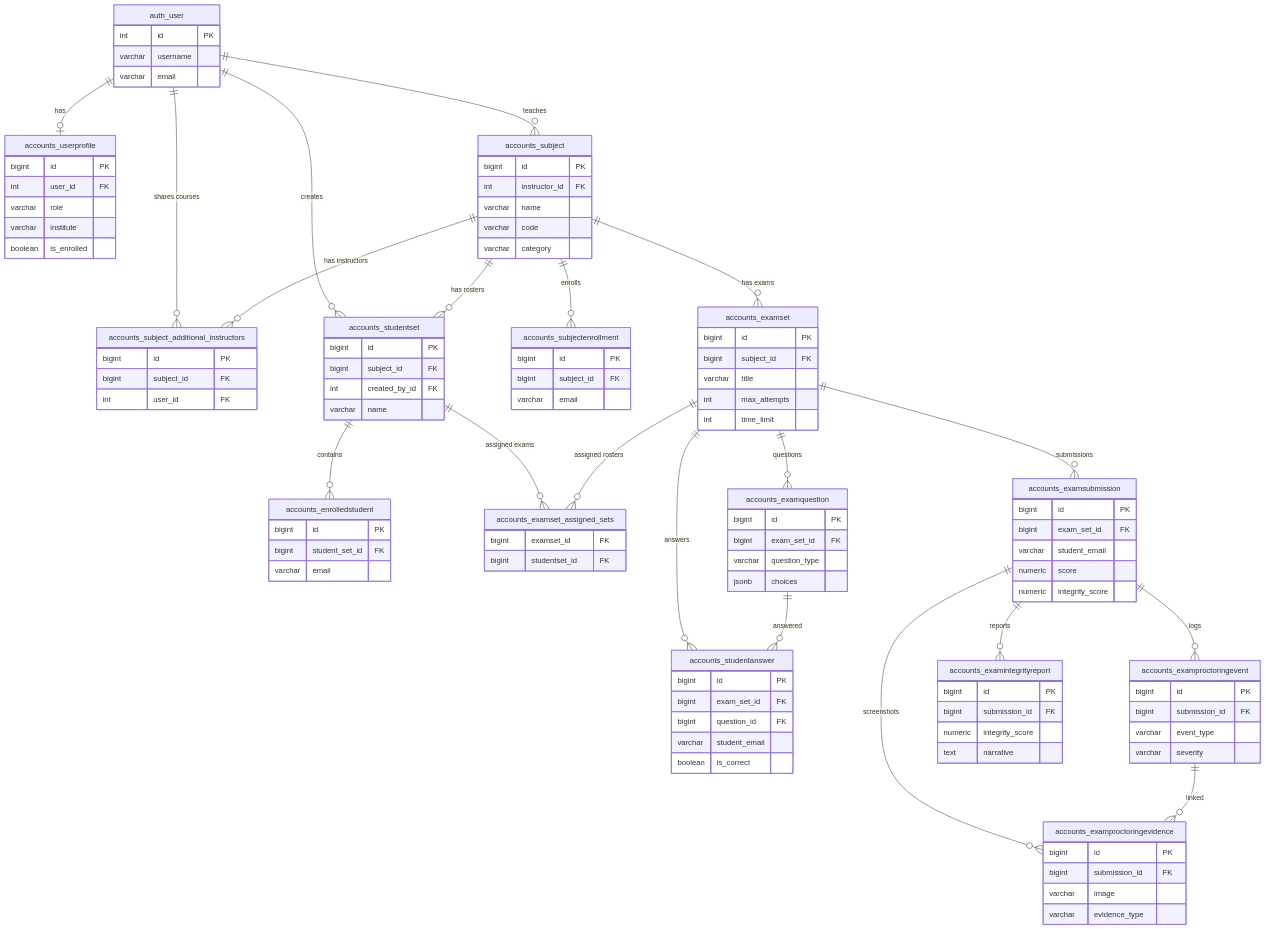
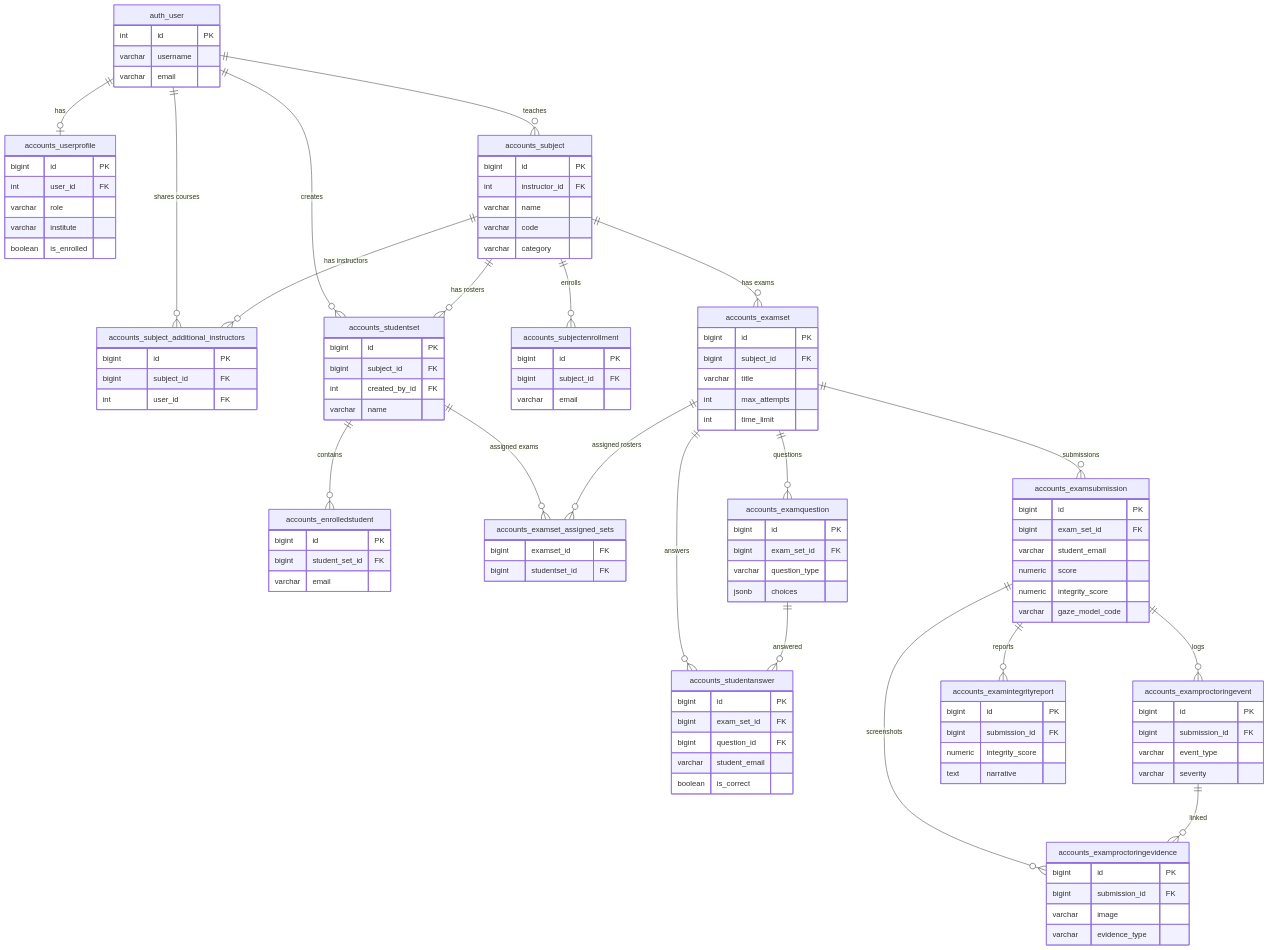
Before and after one commit to brybalidiong/AI-Vigilation: the diagram in docs/database-erd.mmd, drawn with Mermaid. The commit also changed 7 other files, not shown here.

Commit message:
Show exam integrity by selected gaze model in admin analytics

```diff
--- a/docs/database-erd.mmd
+++ b/docs/database-erd.mmd
@@ -1,129 +1,130 @@
 erDiagram
     auth_user ||--o| accounts_userprofile : "has"
     auth_user ||--o{ accounts_subject : "teaches"
     auth_user ||--o{ accounts_subject_additional_instructors : "shares courses"
     accounts_subject ||--o{ accounts_subject_additional_instructors : "has instructors"
     auth_user ||--o{ accounts_studentset : "creates"
 
     accounts_subject ||--o{ accounts_studentset : "has rosters"
     accounts_subject ||--o{ accounts_subjectenrollment : "enrolls"
     accounts_subject ||--o{ accounts_examset : "has exams"
 
     accounts_studentset ||--o{ accounts_enrolledstudent : "contains"
     accounts_studentset ||--o{ accounts_examset_assigned_sets : "assigned exams"
     accounts_examset ||--o{ accounts_examset_assigned_sets : "assigned rosters"
 
     accounts_examset ||--o{ accounts_examsubmission : "submissions"
     accounts_examset ||--o{ accounts_examquestion : "questions"
     accounts_examset ||--o{ accounts_studentanswer : "answers"
 
     accounts_examquestion ||--o{ accounts_studentanswer : "answered"
 
     auth_user {
         int id PK
         varchar username
         varchar email
     }
 
     accounts_userprofile {
         bigint id PK
         int user_id FK
         varchar role
         varchar institute
         boolean is_enrolled
     }
 
     accounts_subject {
         bigint id PK
         int instructor_id FK
         varchar name
         varchar code
         varchar category
     }
 
     accounts_subject_additional_instructors {
         bigint id PK
         bigint subject_id FK
         int user_id FK
     }
 
     accounts_studentset {
         bigint id PK
         bigint subject_id FK
         int created_by_id FK
         varchar name
     }
 
     accounts_enrolledstudent {
         bigint id PK
         bigint student_set_id FK
         varchar email
     }
 
     accounts_subjectenrollment {
         bigint id PK
         bigint subject_id FK
         varchar email
     }
 
     accounts_examset {
         bigint id PK
         bigint subject_id FK
         varchar title
         int max_attempts
         int time_limit
     }
 
     accounts_examset_assigned_sets {
         bigint examset_id FK
         bigint studentset_id FK
     }
 
     accounts_examsubmission ||--o{ accounts_examproctoringevent : "logs"
     accounts_examsubmission ||--o{ accounts_examproctoringevidence : "screenshots"
     accounts_examsubmission ||--o{ accounts_examintegrityreport : "reports"
     accounts_examproctoringevent ||--o{ accounts_examproctoringevidence : "linked"
 
     accounts_examsubmission {
         bigint id PK
         bigint exam_set_id FK
         varchar student_email
         numeric score
         numeric integrity_score
+        varchar gaze_model_code
     }
 
     accounts_examproctoringevent {
         bigint id PK
         bigint submission_id FK
         varchar event_type
         varchar severity
     }
 
     accounts_examproctoringevidence {
         bigint id PK
         bigint submission_id FK
         varchar image
         varchar evidence_type
     }
 
     accounts_examintegrityreport {
         bigint id PK
         bigint submission_id FK
         numeric integrity_score
         text narrative
     }
 
     accounts_examquestion {
         bigint id PK
         bigint exam_set_id FK
         varchar question_type
         jsonb choices
     }
 
     accounts_studentanswer {
         bigint id PK
         bigint exam_set_id FK
         bigint question_id FK
         varchar student_email
         boolean is_correct
     }
```
